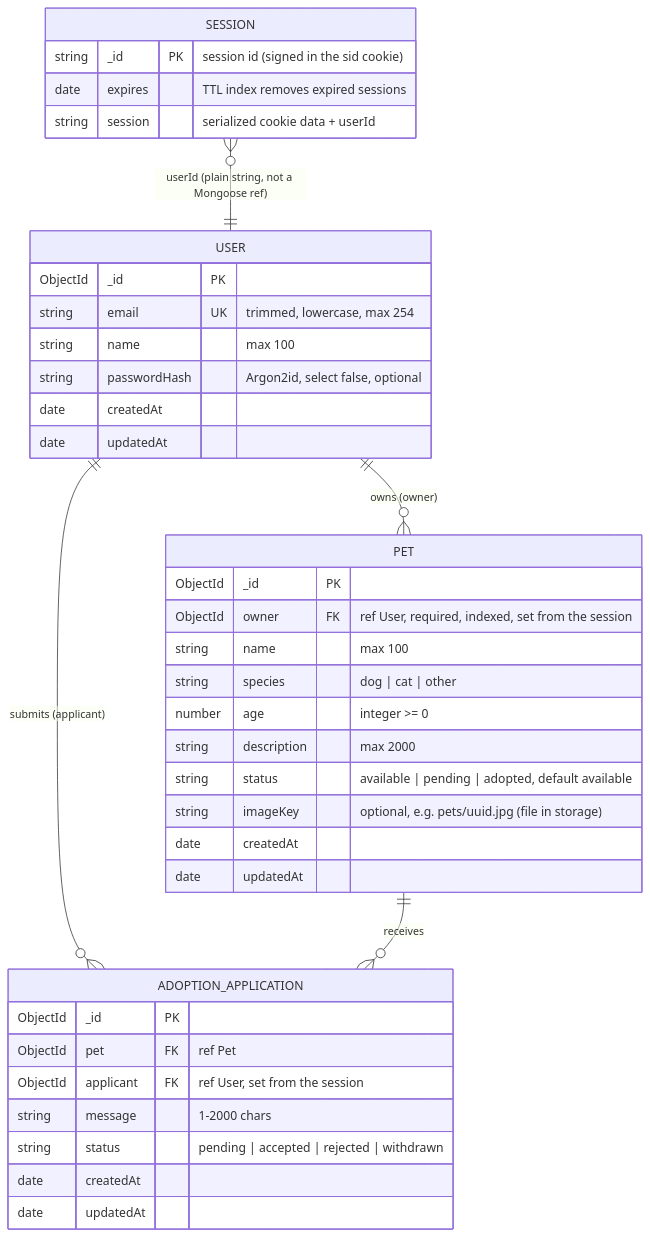
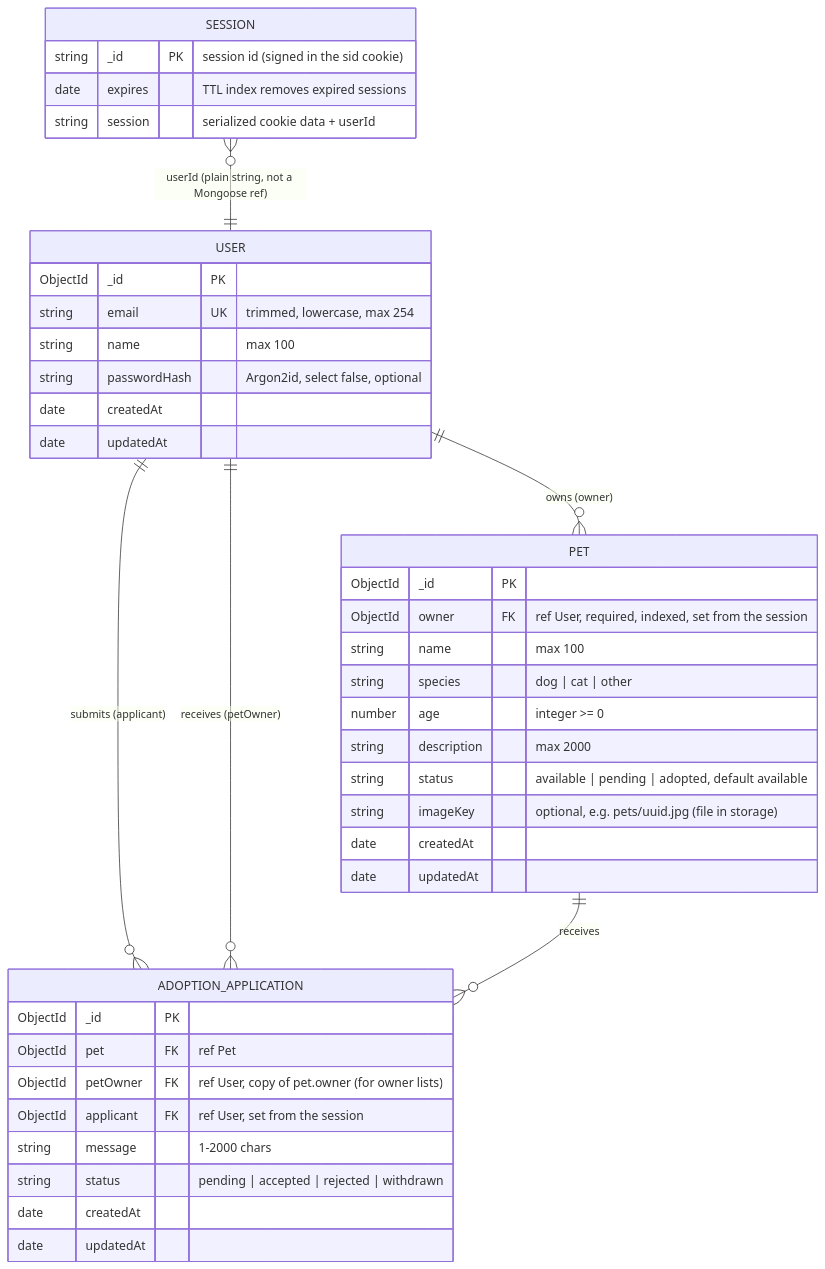
Before and after one commit to BojanSovtic/pet-adoption-system: the sixth of 11 diagrams in docs/architecture.md, drawn with Mermaid. The commit also changed other lines of this file and 35 other files, not shown here.

Commit message:
feat: paginate application lists, add language selector and CI

````diff
--- a/docs/architecture.md
+++ b/docs/architecture.md
@@ -212,41 +213,43 @@
 ```mermaid
 erDiagram
   USER {
     ObjectId _id PK
     string email UK "trimmed, lowercase, max 254"
     string name "max 100"
     string passwordHash "Argon2id, select false, optional"
     date createdAt
     date updatedAt
   }
   PET {
     ObjectId _id PK
     ObjectId owner FK "ref User, required, indexed, set from the session"
     string name "max 100"
     string species "dog | cat | other"
     number age "integer >= 0"
     string description "max 2000"
     string status "available | pending | adopted, default available"
     string imageKey "optional, e.g. pets/uuid.jpg (file in storage)"
     date createdAt
     date updatedAt
   }
   SESSION {
     string _id PK "session id (signed in the sid cookie)"
     date expires "TTL index removes expired sessions"
     string session "serialized cookie data + userId"
   }
   ADOPTION_APPLICATION {
     ObjectId _id PK
     ObjectId pet FK "ref Pet"
+    ObjectId petOwner FK "ref User, copy of pet.owner (for owner lists)"
     ObjectId applicant FK "ref User, set from the session"
     string message "1-2000 chars"
     string status "pending | accepted | rejected | withdrawn"
     date createdAt
     date updatedAt
   }
   USER ||--o{ PET : "owns (owner)"
   USER ||--o{ ADOPTION_APPLICATION : "submits (applicant)"
+  USER ||--o{ ADOPTION_APPLICATION : "receives (petOwner)"
   PET ||--o{ ADOPTION_APPLICATION : "receives"
   SESSION }o--|| USER : "userId (plain string, not a Mongoose ref)"
 ```
````
